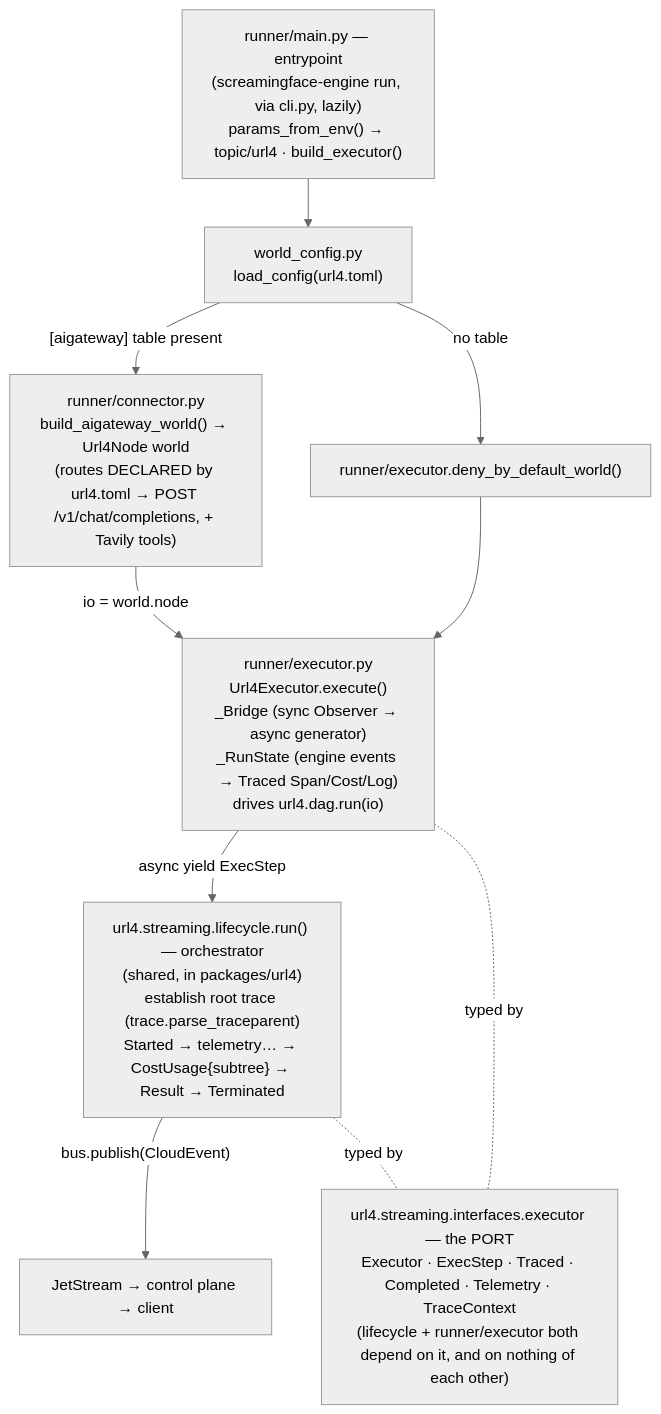
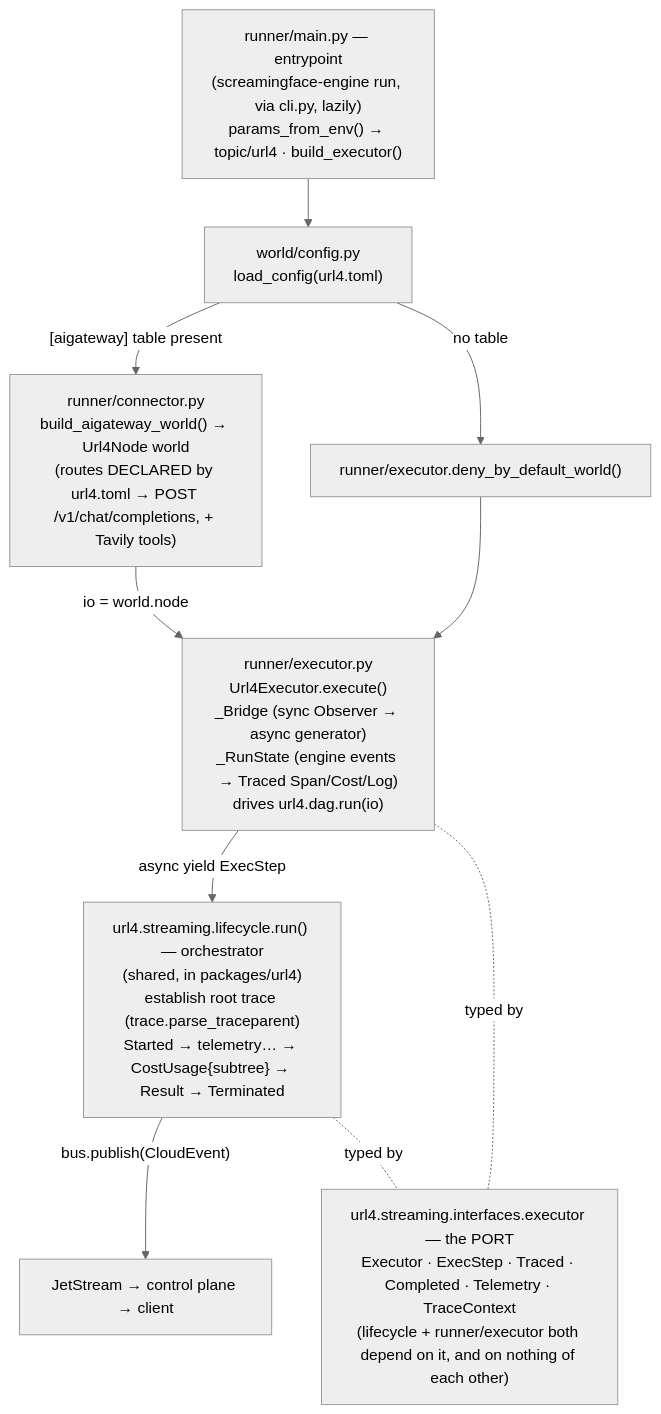
One commit to ScreamingFace/screamingface changed the second of 3 diagrams in apps/screamingface-engine/docs/execution-flow-diagrams.md. Above: the diagram before and after it, drawn with Mermaid (neutral theme). The commit also changed other lines of this file and 101 other files, not shown here.

````diff
--- a/apps/screamingface-engine/docs/execution-flow-diagrams.md
+++ b/apps/screamingface-engine/docs/execution-flow-diagrams.md
@@ -73,21 +73,21 @@
 ```mermaid
 flowchart TD
     main["runner/main.py — entrypoint<br>(screamingface-engine run, via cli.py, lazily)<br>params_from_env() → topic/url4 · build_executor()"]
-    config["world_config.py<br>load_config(url4.toml)"]
+    config["world/config.py<br>load_config(url4.toml)"]
     connector["runner/connector.py<br>build_aigateway_world() → Url4Node world<br>(routes DECLARED by url4.toml → POST /v1/chat/completions, + Tavily tools)"]
     deny["runner/executor.deny_by_default_world()"]
     executor["runner/executor.py<br>Url4Executor.execute()<br>_Bridge (sync Observer → async generator)<br>_RunState (engine events → Traced Span/Cost/Log)<br>drives url4.dag.run(io)"]
     lifecycle["url4.streaming.lifecycle.run() — orchestrator<br>(shared, in packages/url4)<br>establish root trace (trace.parse_traceparent)<br>Started → telemetry… → CostUsage{subtree} → Result → Terminated"]
     port["url4.streaming.interfaces.executor — the PORT<br>Executor · ExecStep · Traced · Completed · Telemetry · TraceContext<br>(lifecycle + runner/executor both depend on it, and on nothing of each other)"]
     downstream["JetStream → control plane → client"]
 
     main --> config
     config -->|"[aigateway] table present"| connector
     config -->|no table| deny
     connector -->|io = world.node| executor
     deny --> executor
     executor -->|async yield ExecStep| lifecycle
     lifecycle -->|"bus.publish(CloudEvent)"| downstream
     lifecycle -. typed by .- port
     executor -. typed by .- port
 ```
````
